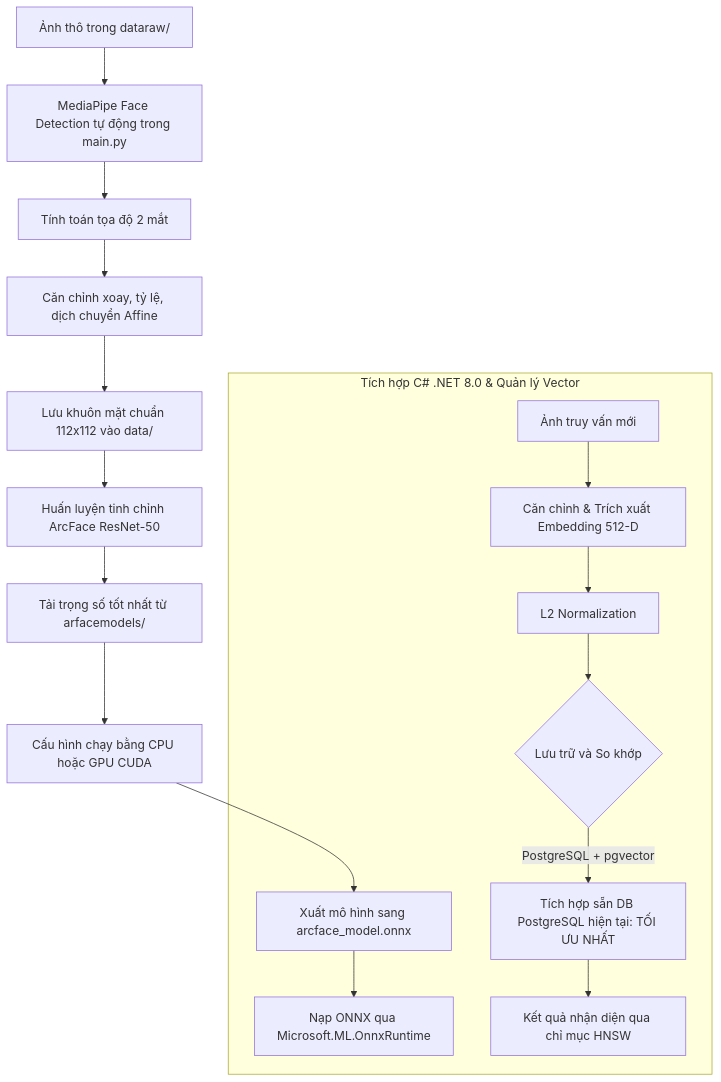
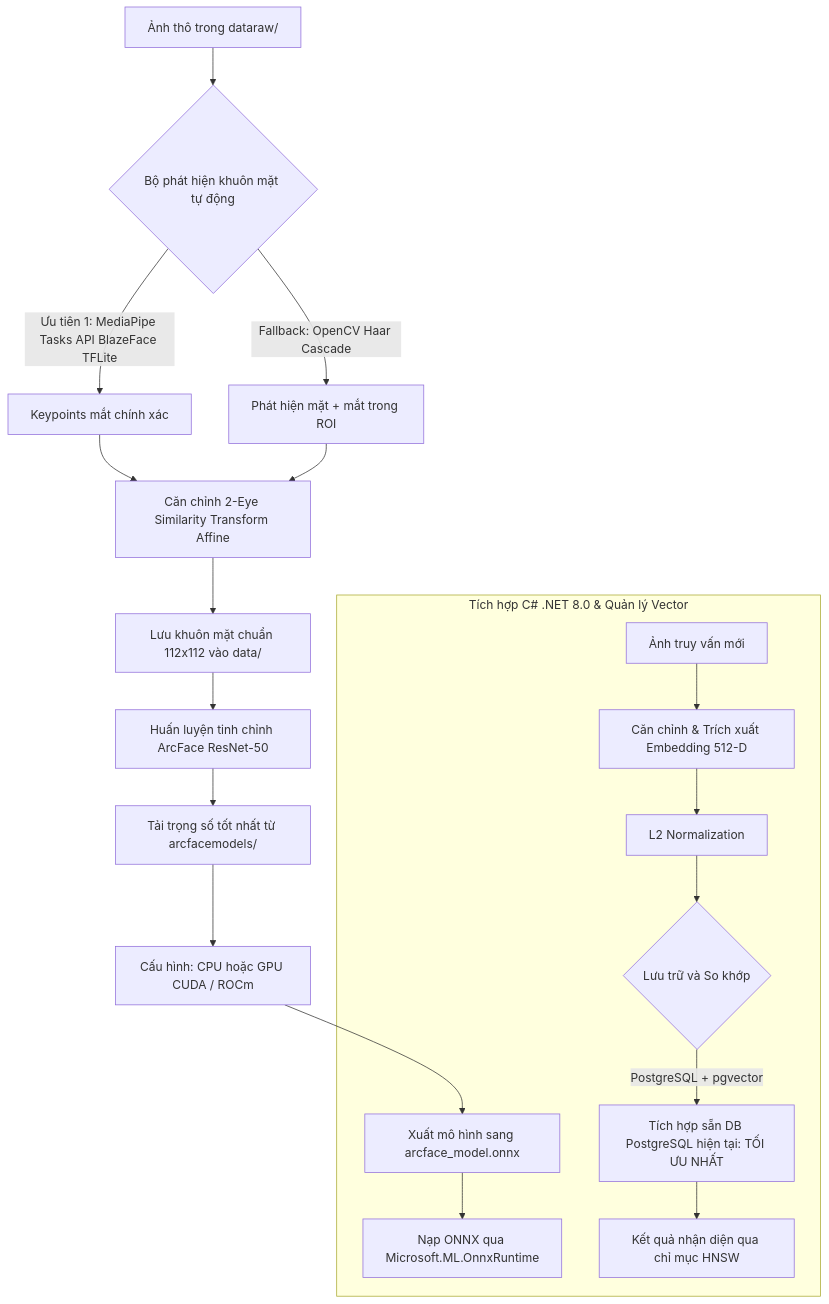
Before and after one commit to badpaybad/a.i-assistant-chatbot-telegram-serverles: the first of 2 diagrams in TreeOfThought/docs/nhan-dien-khuon-mat/ArcFaceFinetune/howtodo.md, drawn with Mermaid. The commit also changed other lines of this file and 8 other files, not shown here.

````diff
--- a/TreeOfThought/docs/nhan-dien-khuon-mat/ArcFaceFinetune/howtodo.md
+++ b/TreeOfThought/docs/nhan-dien-khuon-mat/ArcFaceFinetune/howtodo.md
@@ -11,21 +105,23 @@
 ```mermaid
 graph TD
-    A[Ảnh thô trong dataraw/] --> B[MediaPipe Face Detection tự động trong main.py]
-    B --> C[Tính toán tọa độ 2 mắt]
-    C --> D[Căn chỉnh xoay, tỷ lệ, dịch chuyển Affine]
+    A[Ảnh thô trong dataraw/] --> B{Bộ phát hiện khuôn mặt tự động}
+    B -- Ưu tiên 1: MediaPipe Tasks API BlazeFace TFLite --> C1[Keypoints mắt chính xác]
+    B -- Fallback: OpenCV Haar Cascade --> C2[Phát hiện mặt + mắt trong ROI]
+    C1 --> D[Căn chỉnh 2-Eye Similarity Transform Affine]
+    C2 --> D
     D --> E[Lưu khuôn mặt chuẩn 112x112 vào data/]
     
     E --> F[Huấn luyện tinh chỉnh ArcFace ResNet-50]
-    F --> G[Tải trọng số tốt nhất từ arfacemodels/]
-    G --> H[Cấu hình chạy bằng CPU hoặc GPU CUDA]
+    F --> G[Tải trọng số tốt nhất từ arcfacemodels/]
+    G --> H[Cấu hình: CPU hoặc GPU CUDA / ROCm]
     H --> I[Xuất mô hình sang arcface_model.onnx]
     
     subgraph Tích hợp C# .NET 8.0 & Quản lý Vector
         I --> J[Nạp ONNX qua Microsoft.ML.OnnxRuntime]
         K[Ảnh truy vấn mới] --> L[Căn chỉnh & Trích xuất Embedding 512-D]
         L --> M[L2 Normalization]
         M --> N{Lưu trữ và So khớp}
         N -- PostgreSQL + pgvector --> R[Tích hợp sẵn DB PostgreSQL hiện tại: TỐI ƯU NHẤT]
         R --> Q[Kết quả nhận diện qua chỉ mục HNSW]
     end
 ```
````
